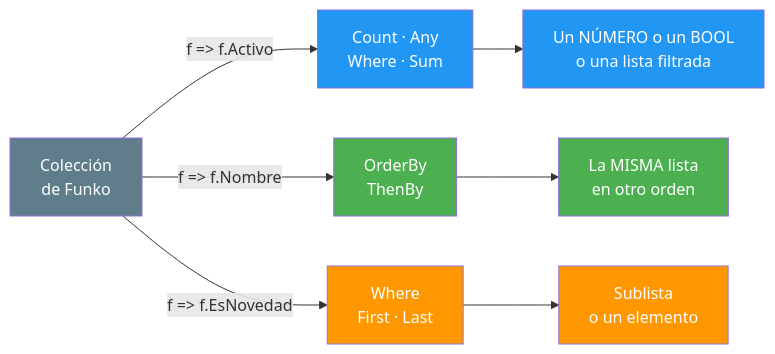
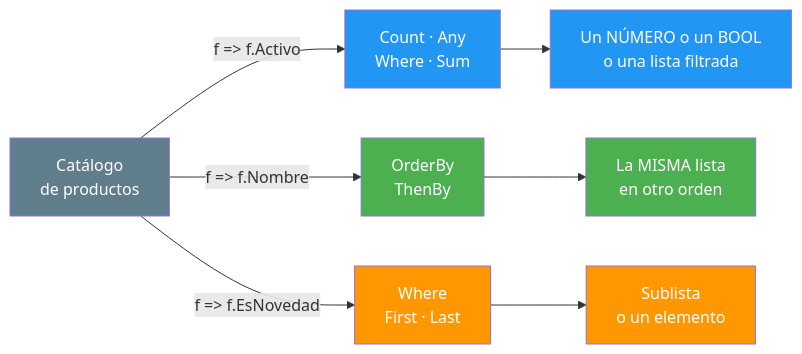
The third of 4 diagrams in 04-funciones-metodos.md (joseluisgs/DesarrolloWebEntornosServidor-03-2026-2027), drawn with Mermaid before and after one commit. The commit also changed other lines of this file, not shown here.

Commit message:
fix: revisar 04 segun el esquema de UD02: Resumen sin diagrama, estilo de redaccion y Productos fuera del Reto

````diff
--- a/04-funciones-metodos.md
+++ b/04-funciones-metodos.md
@@ -381,18 +383,18 @@
 ```mermaid
 graph LR
-    A["Colección<br/>de Funko"] -->|"f => f.Activo"| B["Count · Any<br/>Where · Sum"]
+    A["Catálogo<br/>de productos"] -->|"f => f.Activo"| B["Count · Any<br/>Where · Sum"]
     A -->|"f => f.Nombre"| C["OrderBy<br/>ThenBy"]
     A -->|"f => f.EsNovedad"| D["Where<br/>First · Last"]
 
     B --> E["Un NÚMERO o un BOOL<br/>o una lista filtrada"]
     C --> F["La MISMA lista<br/>en otro orden"]
     D --> G["Sublista<br/>o un elemento"]
 
     style A fill:#607D8B,color:#fff
     style B fill:#2196F3,color:#fff
     style C fill:#4CAF50,color:#fff
     style D fill:#FF9800,color:#fff
     style E fill:#2196F3,color:#fff
     style F fill:#4CAF50,color:#fff
     style G fill:#FF9800,color:#fff
 ```
````
